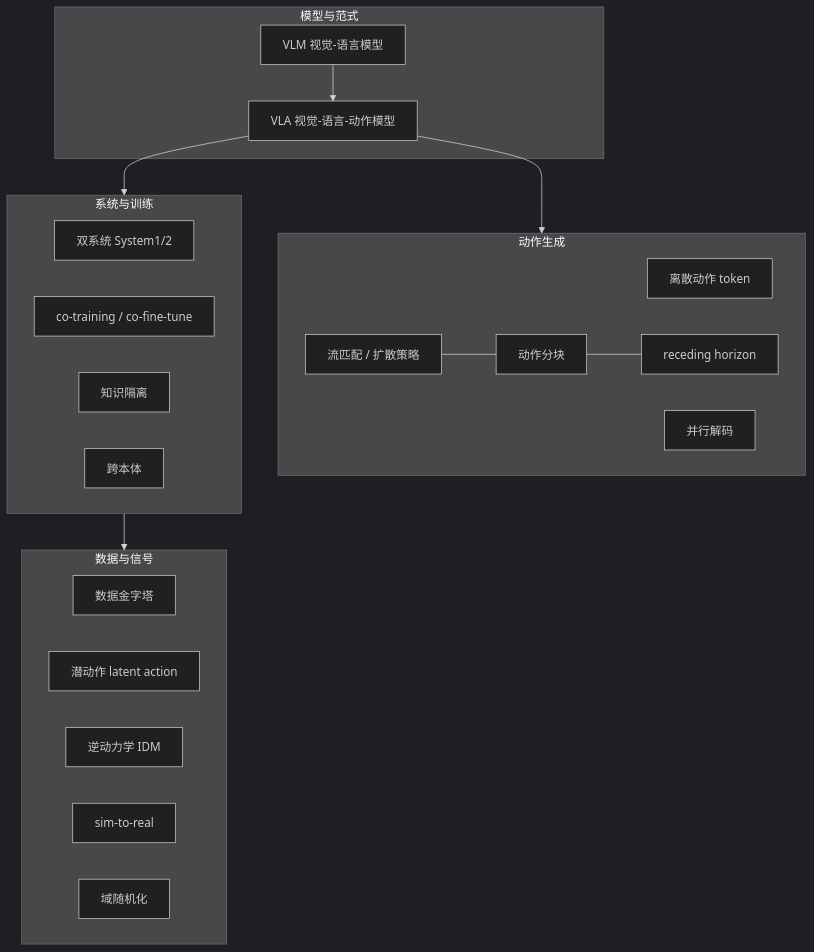
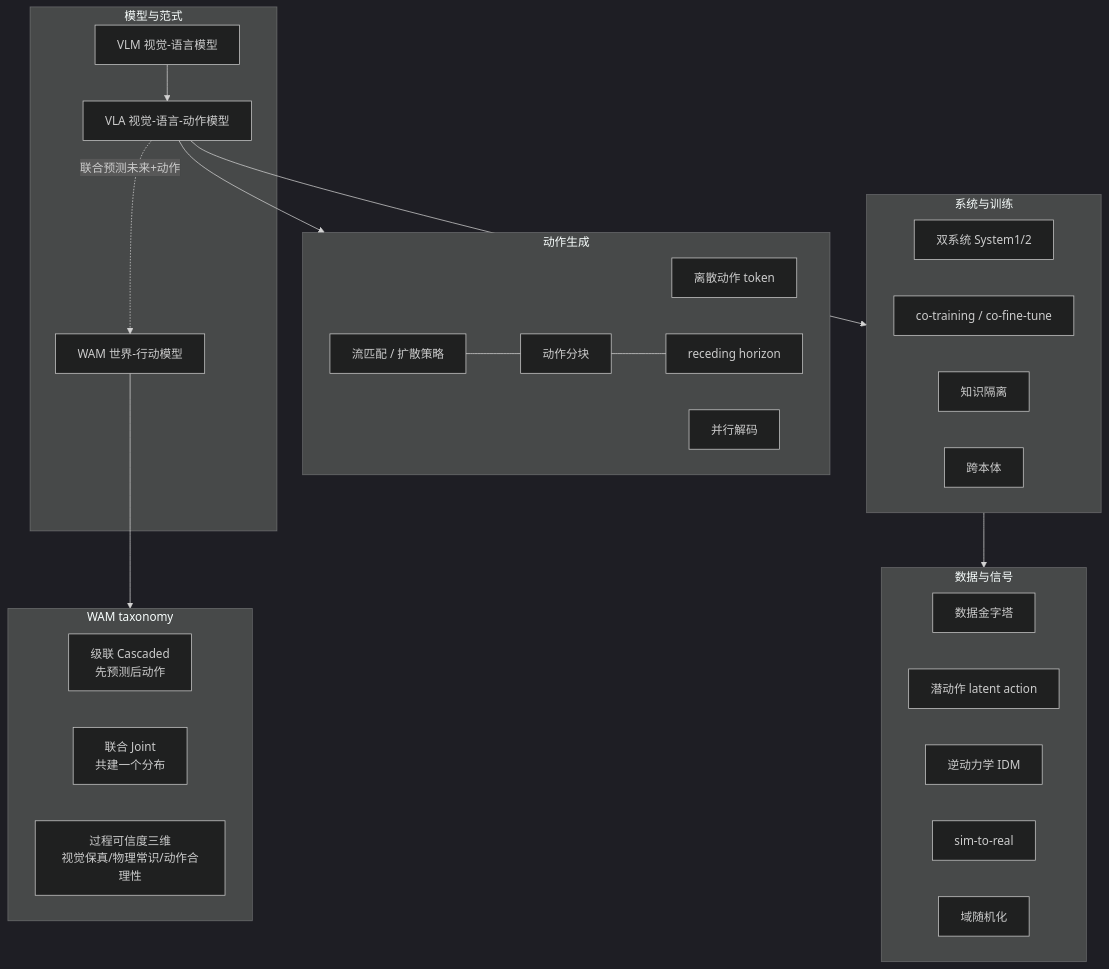
One commit to ZhuYun97/embodied-ai-learning changed the diagram in docs/vla/papers/glossary.md. Above: the diagram before and after it, drawn with Mermaid (dark theme). The commit also changed other lines of this file, not shown here.

First line of the commit message:
术语速查表补 WAM 部分(新增「一半、WAM 世界-行动模型」)

````diff
--- a/docs/vla/papers/glossary.md
+++ b/docs/vla/papers/glossary.md
@@ -18,31 +18,38 @@
 ```mermaid
 flowchart TD
     subgraph MODEL["模型与范式"]
         VLM["VLM 视觉-语言模型"] --> VLA["VLA 视觉-语言-动作模型"]
+        VLA -.联合预测未来+动作.-> WAM["WAM 世界-行动模型"]
+    end
+    subgraph WAMTAX["WAM taxonomy"]
+        CASC["级联 Cascaded<br/>先预测后动作"]
+        JOINT["联合 Joint<br/>共建一个分布"]
+        PROC["过程可信度三维<br/>视觉保真/物理常识/动作合理性"]
     end
     subgraph ACT["动作生成"]
         DISC["离散动作 token"]
         FLOW["流匹配 / 扩散策略"]
         CHUNK["动作分块"]
         PAR["并行解码"]
         RH["receding horizon"]
         CHUNK --- RH
         FLOW --- CHUNK
     end
     subgraph SYS["系统与训练"]
         S12["双系统 System1/2"]
         COTR["co-training / co-fine-tune"]
         KI["知识隔离"]
         XEMB["跨本体"]
     end
     subgraph DATA["数据与信号"]
         PYR["数据金字塔"]
         LAT["潜动作 latent action"]
         IDM["逆动力学 IDM"]
         S2R["sim-to-real"]
         DR["域随机化"]
     end
     VLA --> ACT
     VLA --> SYS
+    WAM --> WAMTAX
     SYS --> DATA
 ```
````
